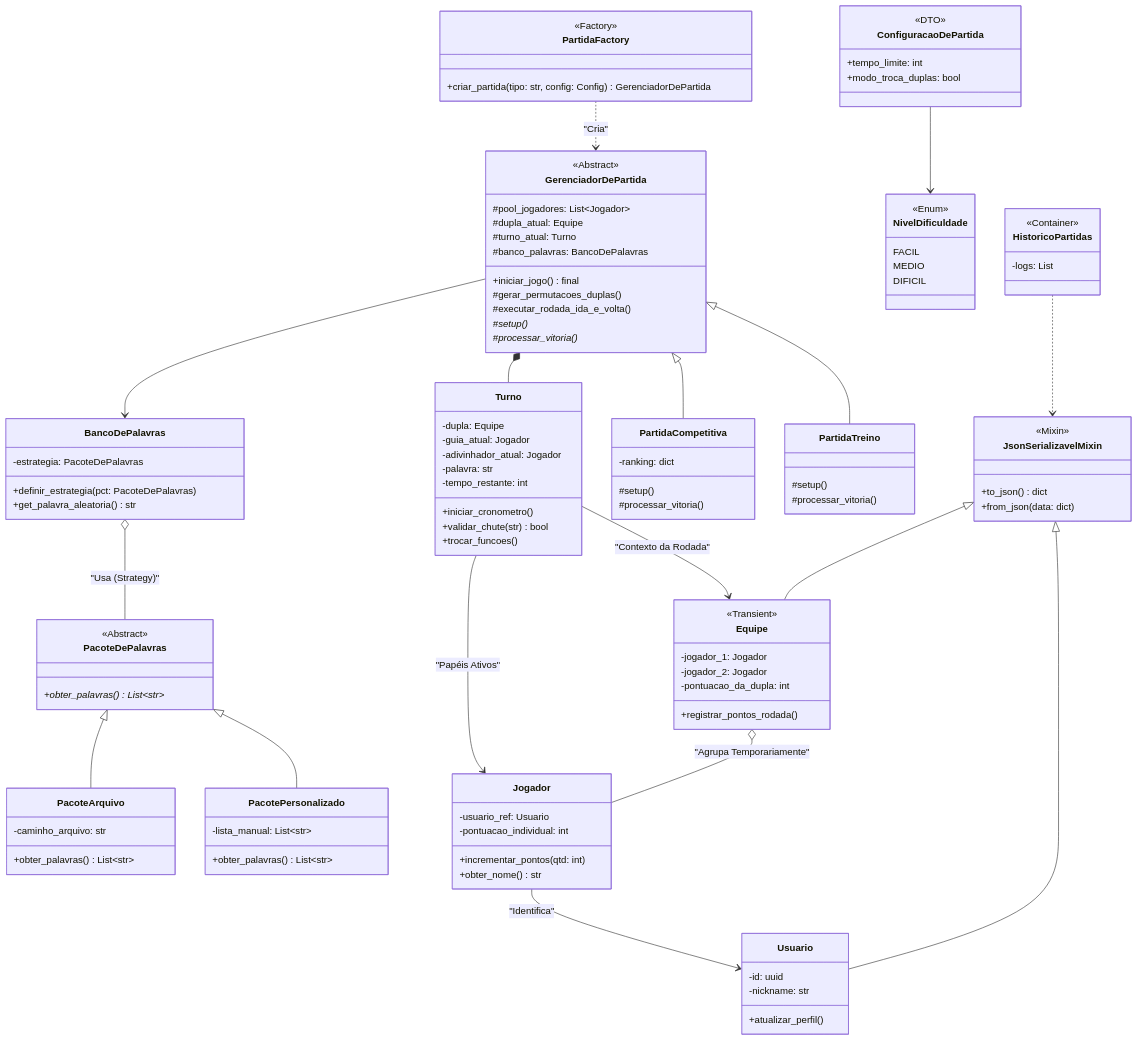
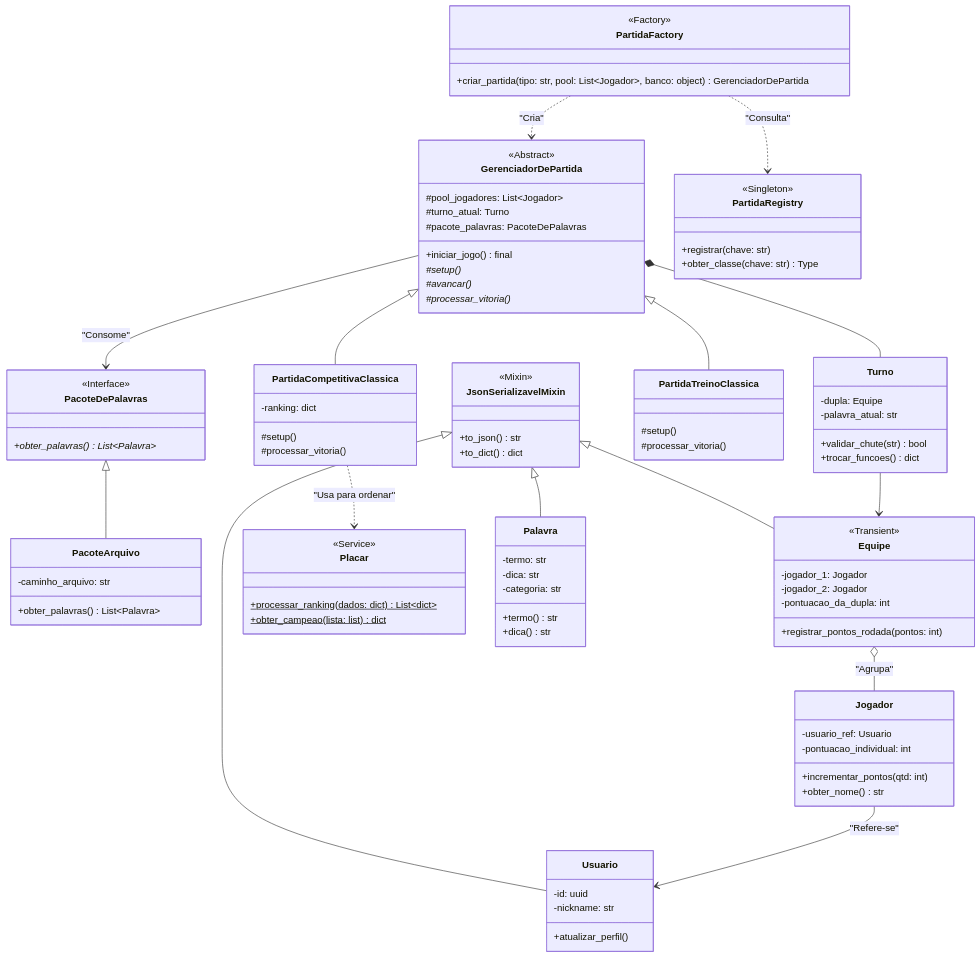
Before and after one commit to SebastiaoSoares/Trocadu: the diagram in README.md, drawn with Mermaid. The commit also changed other lines of this file and 7 other files, not shown here.

````diff
--- a/README.md
+++ b/README.md
@@ -16,35 +16,21 @@
 ```mermaid
 classDiagram
     class PacoteDePalavras {
-        <<Abstract>>
-        +obter_palavras()* List~str~
+        <<Interface>>
+        +obter_palavras()* List~Palavra~
     }
     
     class PacoteArquivo {
         -caminho_arquivo: str
-        +obter_palavras() List~str~
+        +obter_palavras() List~Palavra~
     }
     
-    class PacotePersonalizado {
-        -lista_manual: List~str~
-        +obter_palavras() List~str~
-    }
-
     PacoteDePalavras <|-- PacoteArquivo
-    PacoteDePalavras <|-- PacotePersonalizado
-
-    class BancoDePalavras {
-        -estrategia: PacoteDePalavras
-        +definir_estrategia(pct: PacoteDePalavras)
-        +get_palavra_aleatoria() str
-    }
-
-    BancoDePalavras o-- PacoteDePalavras : "Usa (Strategy)"
 
     class JsonSerializavelMixin {
         <<Mixin>>
-        +to_json() dict
-        +from_json(data: dict)
+        +to_json() str
+        +to_dict() dict
     }
 
     class Usuario {
@@ -65,83 +51,79 @@
         -jogador_1: Jogador
         -jogador_2: Jogador
         -pontuacao_da_dupla: int
-        +registrar_pontos_rodada()
+        +registrar_pontos_rodada(pontos: int)
+    }
+
+    class Placar {
+        <<Service>>
+        +processar_ranking(dados: dict)$ List~dict~
+        +obter_campeao(lista: list)$ dict
+    }
+    
+    class Palavra {
+        -termo: str
+        -dica: str
+        -categoria: str
+        +termo() str
+        +dica() str
     }
 
     JsonSerializavelMixin <|-- Usuario
     JsonSerializavelMixin <|-- Equipe
+    JsonSerializavelMixin <|-- Palavra
 
-    Equipe o-- Jogador : "Agrupa Temporariamente"
-    Jogador --> Usuario : "Identifica"
+    Equipe o-- Jogador : "Agrupa"
+    Jogador --> Usuario : "Refere-se"
 
     class GerenciadorDePartida {
         <<Abstract>>
         #pool_jogadores: List~Jogador~
-        #dupla_atual: Equipe
         #turno_atual: Turno
-        #banco_palavras: BancoDePalavras
+        #pacote_palavras: PacoteDePalavras
         +iniciar_jogo() final
-        #gerar_permutacoes_duplas()
-        #executar_rodada_ida_e_volta()
         #setup()*
+        #avancar()*
         #processar_vitoria()*
     }
 
-    class PartidaCompetitiva {
+    class PartidaCompetitivaClassica {
         -ranking: dict
         #setup()
         #processar_vitoria()
     }
 
-    class PartidaTreino {
+    class PartidaTreinoClassica {
         #setup()
         #processar_vitoria()
     }
+    
+    class PartidaRegistry {
+        <<Singleton>>
+        +registrar(chave: str)
+        +obter_classe(chave: str) Type
+    }
 
-    GerenciadorDePartida <|-- PartidaCompetitiva
-    GerenciadorDePartida <|-- PartidaTreino
+    GerenciadorDePartida <|-- PartidaCompetitivaClassica
+    GerenciadorDePartida <|-- PartidaTreinoClassica
     
+    PartidaCompetitivaClassica ..> Placar : "Usa para ordenar"
     GerenciadorDePartida *-- Turno
-    GerenciadorDePartida --> BancoDePalavras
+    GerenciadorDePartida --> PacoteDePalavras : "Consome"
 
     class Turno {
         -dupla: Equipe
-        -guia_atual: Jogador
-        -adivinhador_atual: Jogador
-        -palavra: str
-        -tempo_restante: int
-        +iniciar_cronometro()
+        -palavra_atual: str
         +validar_chute(str) bool
-        +trocar_funcoes()
+        +trocar_funcoes() dict
     }
 
-    Turno --> Equipe : "Contexto da Rodada"
-    Turno --> Jogador : "Papéis Ativos"
-
-    class ConfiguracaoDePartida {
-        <<DTO>>
-        +tempo_limite: int
-        +modo_troca_duplas: bool
+    Turno --> Equipe
+    
+    class PartidaFactory {
+        <<Factory>>
+        +criar_partida(tipo: str, pool: List~Jogador~, banco: object) GerenciadorDePartida
     }
 
-    class NivelDificuldade {
-        <<Enum>>
-        FACIL
-        MEDIO
-        DIFICIL
-    }
-
-    class PartidaFactory {
-        <<Factory>>
-        +criar_partida(tipo: str, config: Config) GerenciadorDePartida
-    }
-
-    class HistoricoPartidas {
-        <<Container>>
-        -logs: List
-    }
-
-    ConfiguracaoDePartida --> NivelDificuldade
+    PartidaFactory ..> PartidaRegistry : "Consulta"
     PartidaFactory ..> GerenciadorDePartida : "Cria"
-    HistoricoPartidas ..> JsonSerializavelMixin
 ```
````
